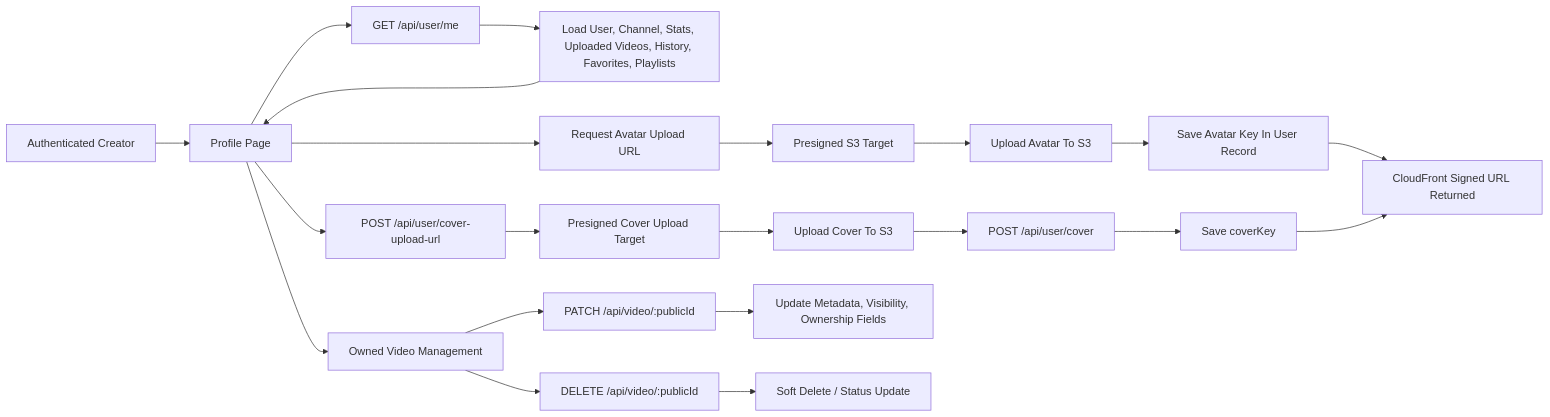
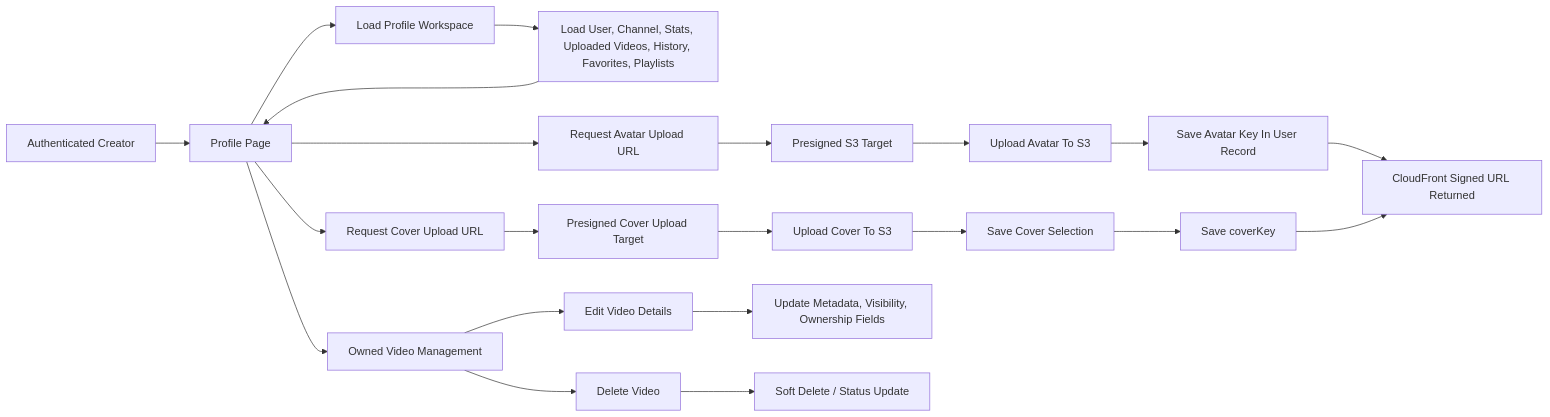
The fourth of 11 diagrams in README.md (samakshrastogi/SK-MediaFlow), drawn with Mermaid before and after one commit. The commit also changed other lines of this file, not shown here.

````diff
--- a/README.md
+++ b/README.md
@@ -212,26 +212,26 @@
 ```mermaid
 flowchart LR
     U["Authenticated Creator"] --> PROF["Profile Page"]
-    PROF --> ME["GET /api/user/me"]
+    PROF --> ME["Load Profile Workspace"]
     ME --> DB["Load User, Channel, Stats, Uploaded Videos, History, Favorites, Playlists"]
     DB --> PROF
 
     PROF --> AV1["Request Avatar Upload URL"]
     AV1 --> S3A["Presigned S3 Target"]
     S3A --> AV2["Upload Avatar To S3"]
     AV2 --> AV3["Save Avatar Key In User Record"]
     AV3 --> CF["CloudFront Signed URL Returned"]
 
-    PROF --> CV1["POST /api/user/cover-upload-url"]
+    PROF --> CV1["Request Cover Upload URL"]
     CV1 --> S3C["Presigned Cover Upload Target"]
     S3C --> CV2["Upload Cover To S3"]
-    CV2 --> CV3["POST /api/user/cover"]
+    CV2 --> CV3["Save Cover Selection"]
     CV3 --> DB2["Save coverKey"]
     DB2 --> CF
 
     PROF --> VIDEOS["Owned Video Management"]
-    VIDEOS --> EDIT["PATCH /api/video/:publicId"]
-    VIDEOS --> DEL["DELETE /api/video/:publicId"]
+    VIDEOS --> EDIT["Edit Video Details"]
+    VIDEOS --> DEL["Delete Video"]
     EDIT --> DB3["Update Metadata, Visibility, Ownership Fields"]
     DEL --> DB4["Soft Delete / Status Update"]
 ```
````
